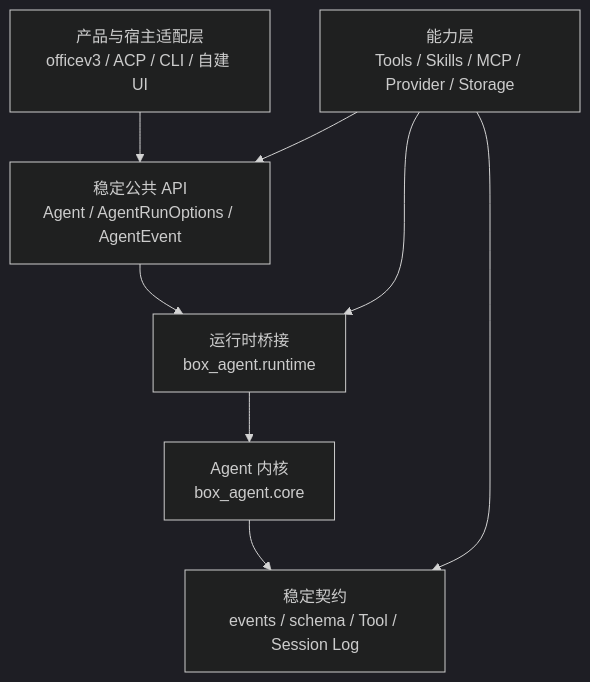
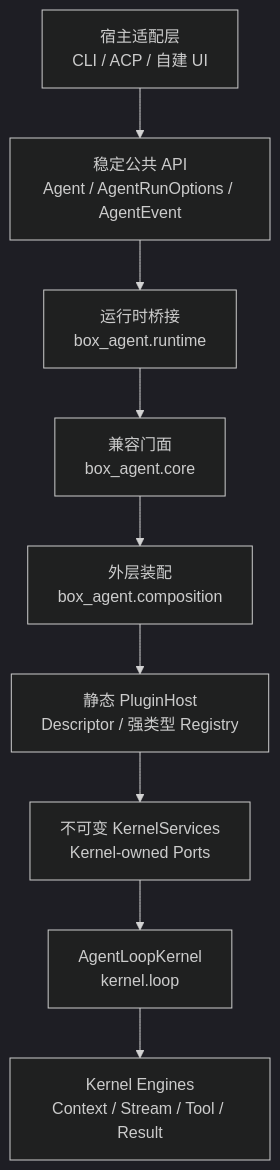
Before and after one commit to Raccoon-Office/Box-Agent: the diagram in docs/ARCHITECTURE_CN.md, drawn with Mermaid (dark theme). The commit also changed other lines of this file and 35 other files, not shown here.

First line of the commit message:
refactor(core): extract kernel and harden plugin lifecycle

````diff
--- a/docs/ARCHITECTURE_CN.md
+++ b/docs/ARCHITECTURE_CN.md
@@ -8,17 +8,14 @@
 ```mermaid
 flowchart TB
-    P["产品与宿主适配层<br/>officev3 / ACP / CLI / 自建 UI"]
-    E["能力层<br/>Tools / Skills / MCP / Provider / Storage"]
+    H["宿主适配层<br/>CLI / ACP / 自建 UI"]
     A["稳定公共 API<br/>Agent / AgentRunOptions / AgentEvent"]
     R["运行时桥接<br/>box_agent.runtime"]
-    C["Agent 内核<br/>box_agent.core"]
-    K["稳定契约<br/>events / schema / Tool / Session Log"]
+    C["兼容门面<br/>box_agent.core"]
+    O["外层装配<br/>box_agent.composition"]
+    P["静态 PluginHost<br/>Descriptor / 强类型 Registry"]
+    S["不可变 KernelServices<br/>Kernel-owned Ports"]
+    L["AgentLoopKernel<br/>kernel.loop"]
+    E["Kernel Engines<br/>Context / Stream / Tool / Result"]
 
-    P --> A
-    E --> A
-    A --> R
-    R --> C
-    C --> K
-    E --> K
-    E --> R
+    H --> A --> R --> C --> O --> P --> S --> L --> E
 ```
````
